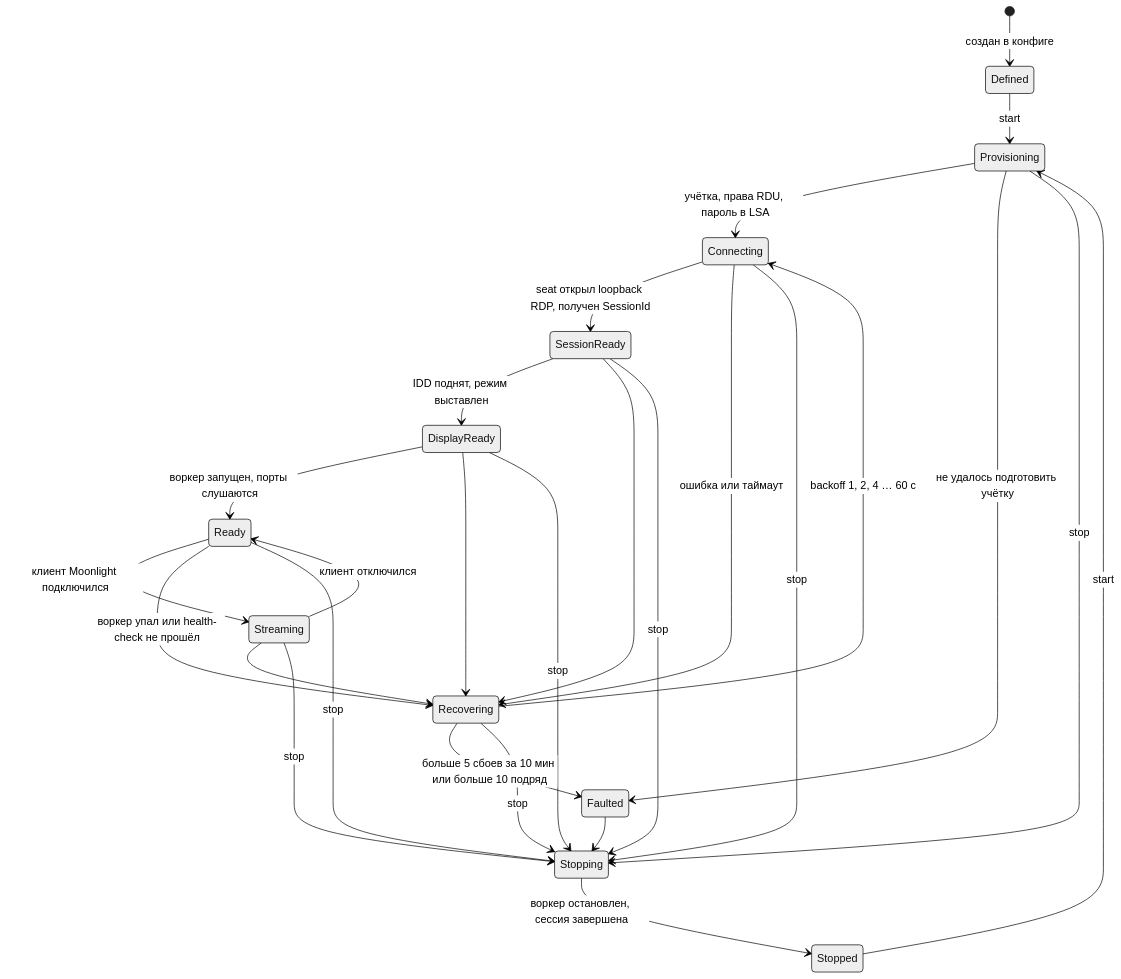
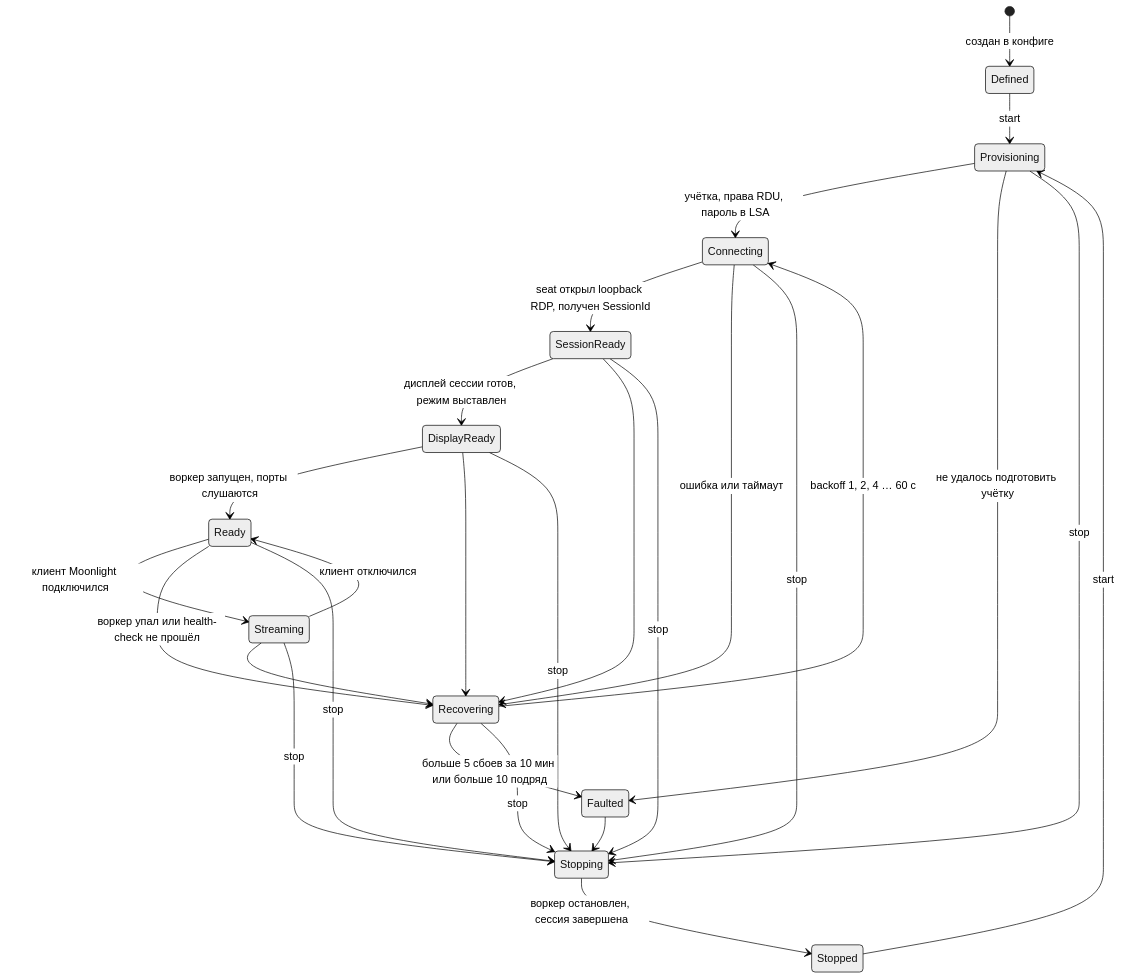
One commit to echojson7/SplitPlay changed the second of 2 diagrams in docs/ARCHITECTURE.md. Above: the diagram before and after it, drawn with Mermaid (neutral theme). The commit also changed other lines of this file and 11 other files, not shown here.

````diff
--- a/docs/ARCHITECTURE.md
+++ b/docs/ARCHITECTURE.md
@@ -81,29 +83,29 @@
 ```mermaid
 stateDiagram-v2
   [*] --> Defined: создан в конфиге
   Defined --> Provisioning: start
   Provisioning --> Connecting: учётка, права RDU, пароль в LSA
   Connecting --> SessionReady: seat открыл loopback RDP, получен SessionId
-  SessionReady --> DisplayReady: IDD поднят, режим выставлен
+  SessionReady --> DisplayReady: дисплей сессии готов, режим выставлен
   DisplayReady --> Ready: воркер запущен, порты слушаются
   Ready --> Streaming: клиент Moonlight подключился
   Streaming --> Ready: клиент отключился
   Connecting --> Recovering: ошибка или таймаут
   SessionReady --> Recovering
   DisplayReady --> Recovering
   Ready --> Recovering: воркер упал или health-check не прошёл
   Streaming --> Recovering
   Recovering --> Connecting: backoff 1, 2, 4 … 60 с
   Recovering --> Faulted: больше 5 сбоев за 10 мин или больше 10 подряд
   Provisioning --> Faulted: не удалось подготовить учётку
   Ready --> Stopping: stop
   Streaming --> Stopping: stop
   Provisioning --> Stopping: stop
   Connecting --> Stopping: stop
   SessionReady --> Stopping: stop
   DisplayReady --> Stopping: stop
   Recovering --> Stopping: stop
   Stopping --> Stopped: воркер остановлен, сессия завершена
   Faulted --> Stopping
   Stopped --> Provisioning: start
 ```
````
